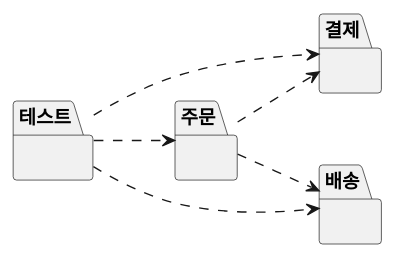
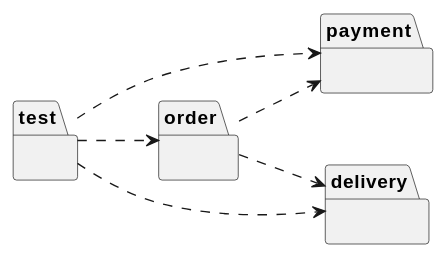
The ninth of 12 diagrams in courses/ooad/sessions/s05.md (YoungSan77/TrainingMaterials), drawn with PlantUML before and after one commit. The commit also changed other lines of this file and 69 other files, not shown here.

````diff
--- a/courses/ooad/sessions/s05.md
+++ b/courses/ooad/sessions/s05.md
@@ -938,19 +964,19 @@
 ```plantuml:package
 @startuml
 hide empty members
 left to right direction
-package "테스트" as T {
+package "test" as T {
 }
-package "주문" as O {
+package "order" as O {
 }
-package "결제" as P {
+package "payment" as P {
 }
-package "배송" as D {
+package "delivery" as D {
 }
 T ..> O
 T ..> P
 T ..> D
 O ..> P
 O ..> D
 @enduml
 ```
````
